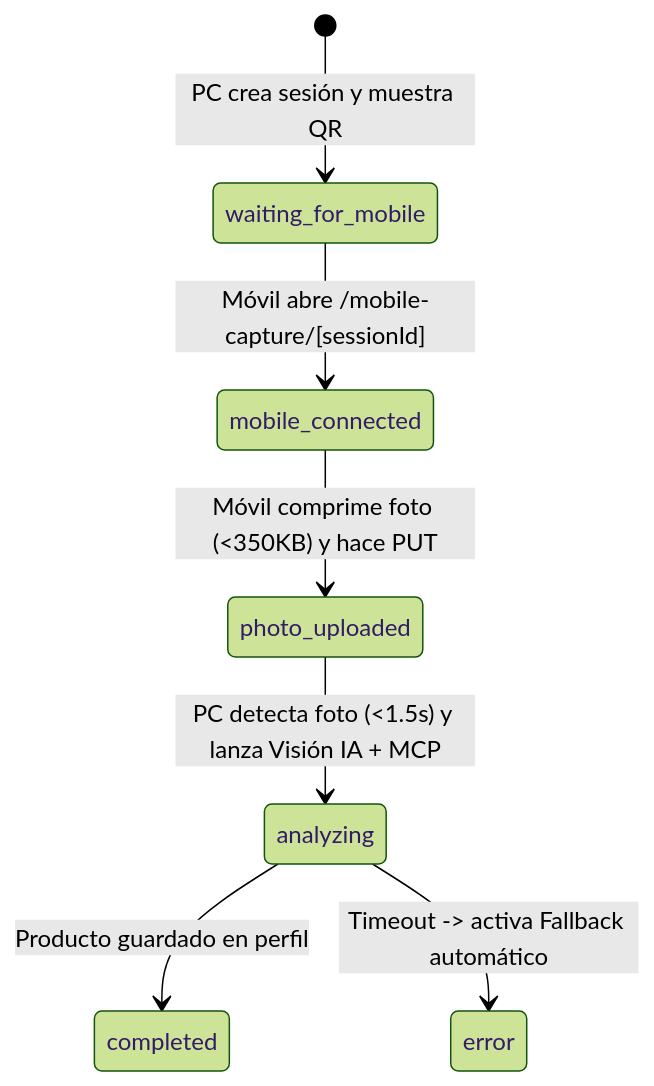
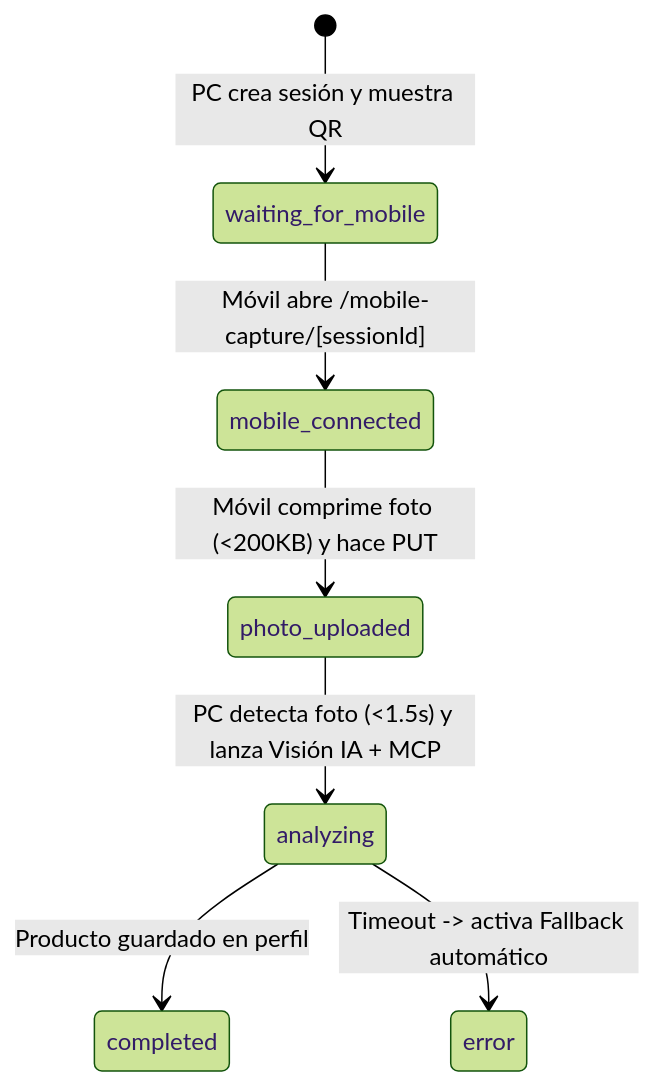
One commit to adrianbndev/HacktoberFest2026 changed the diagram in .agent/modules/MOD-02-mobile-pc-sync.md. Above: the diagram before and after it, drawn with Mermaid (forest theme). The commit also changed other lines of this file and 15 other files, not shown here.

````diff
--- a/.agent/modules/MOD-02-mobile-pc-sync.md
+++ b/.agent/modules/MOD-02-mobile-pc-sync.md
@@ -15,9 +15,9 @@
 ```mermaid
 stateDiagram-v2
     [*] --> waiting_for_mobile: PC crea sesión y muestra QR
     waiting_for_mobile --> mobile_connected: Móvil abre /mobile-capture/[sessionId]
-    mobile_connected --> photo_uploaded: Móvil comprime foto (<350KB) y hace PUT
+    mobile_connected --> photo_uploaded: Móvil comprime foto (<200KB) y hace PUT
     photo_uploaded --> analyzing: PC detecta foto (<1.5s) y lanza Visión IA + MCP
     analyzing --> completed: Producto guardado en perfil
     analyzing --> error: Timeout -> activa Fallback automático
 ```
````
